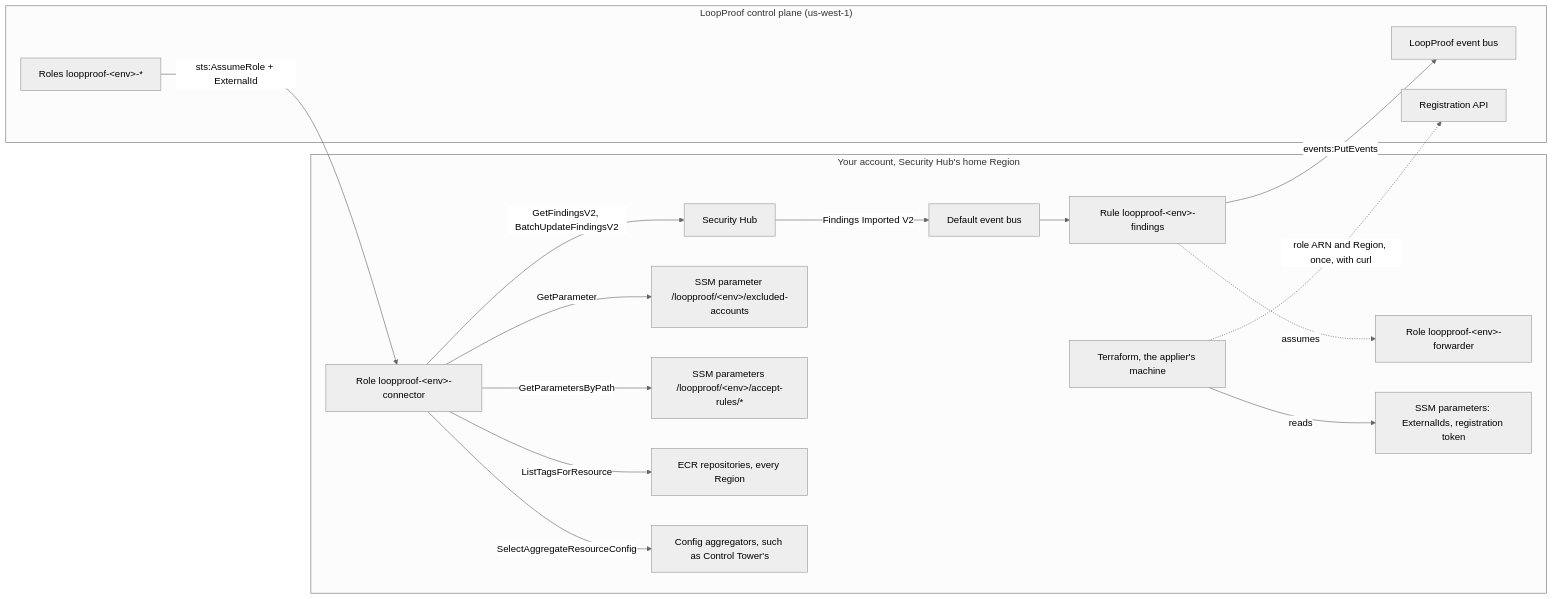
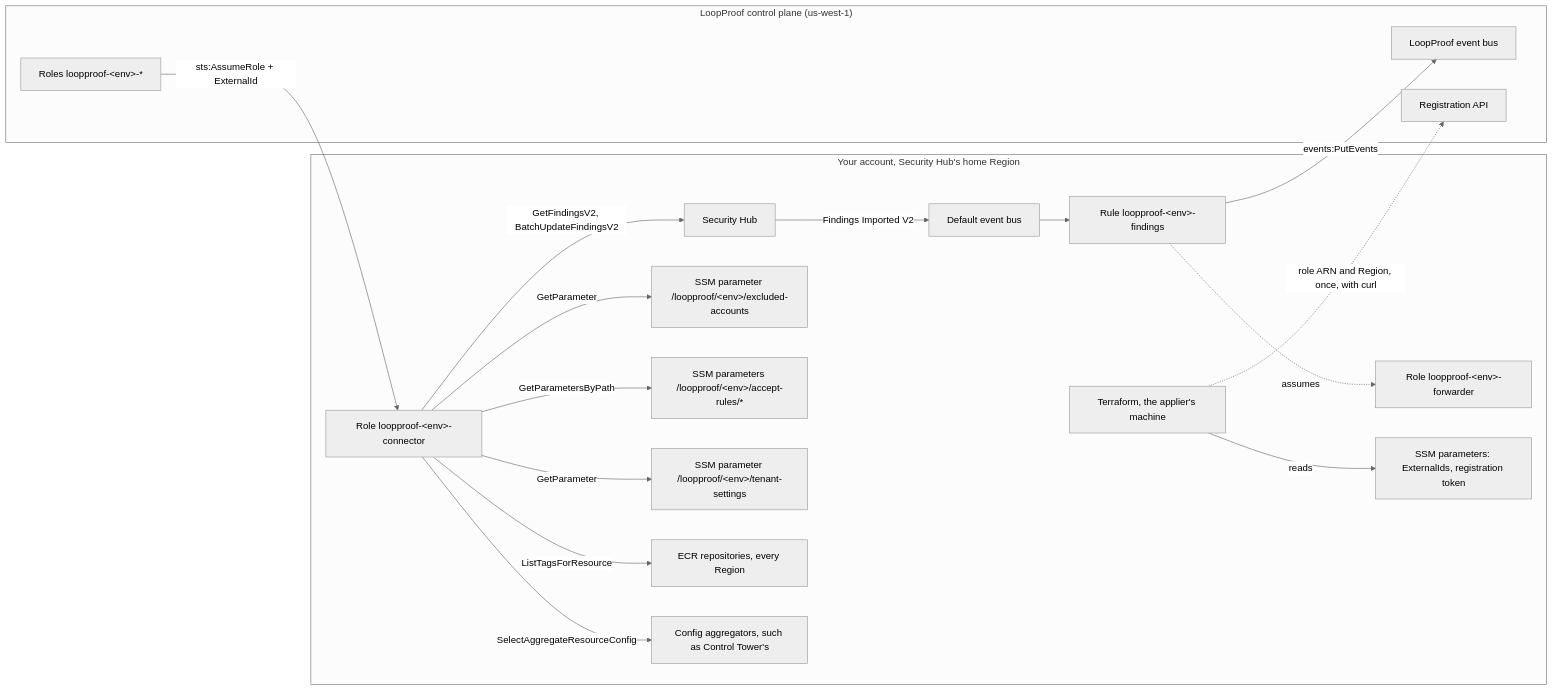
Before and after one commit to infrahouse/terraform-aws-loopproof-connector: the diagram in docs/architecture.md, drawn with Mermaid (neutral theme). The commit also changed other lines of this file and 7 other files, not shown here.

First line of the commit message:
docs(tenant-settings): the tenant's settings, and what to know before changing one (IH-156)

````diff
--- a/docs/architecture.md
+++ b/docs/architecture.md
@@ -3,32 +3,34 @@
 ```mermaid
 flowchart LR
     subgraph tenant["Your account, Security Hub's home Region"]
         SH["Security Hub"]
         DB["Default event bus"]
         RULE["Rule loopproof-&lt;env&gt;-findings"]
         FWD["Role loopproof-&lt;env&gt;-forwarder"]
         CONN["Role loopproof-&lt;env&gt;-connector"]
         PARAM["SSM parameter /loopproof/&lt;env&gt;/excluded-accounts"]
         RULES["SSM parameters /loopproof/&lt;env&gt;/accept-rules/*"]
+        SETTINGS["SSM parameter /loopproof/&lt;env&gt;/tenant-settings"]
         CREDS["SSM parameters: ExternalIds, registration token"]
         ECR["ECR repositories, every Region"]
         AGG["Config aggregators, such as Control Tower's"]
         TF["Terraform, the applier's machine"]
         SH -- "Findings Imported V2" --> DB --> RULE
         RULE -. assumes .-> FWD
     end
     subgraph cp["LoopProof control plane (us-west-1)"]
         BUS["LoopProof event bus"]
         CPR["Roles loopproof-&lt;env&gt;-*"]
         API["Registration API"]
     end
     RULE -- "events:PutEvents" --> BUS
     CPR -- "sts:AssumeRole + ExternalId" --> CONN
     CONN -- "GetFindingsV2, BatchUpdateFindingsV2" --> SH
     CONN -- "GetParameter" --> PARAM
     CONN -- "GetParametersByPath" --> RULES
+    CONN -- "GetParameter" --> SETTINGS
     CONN -- "ListTagsForResource" --> ECR
     CONN -- "SelectAggregateResourceConfig" --> AGG
     TF -- "reads" --> CREDS
     TF -. "role ARN and Region, once, with curl" .-> API
 ```
````
